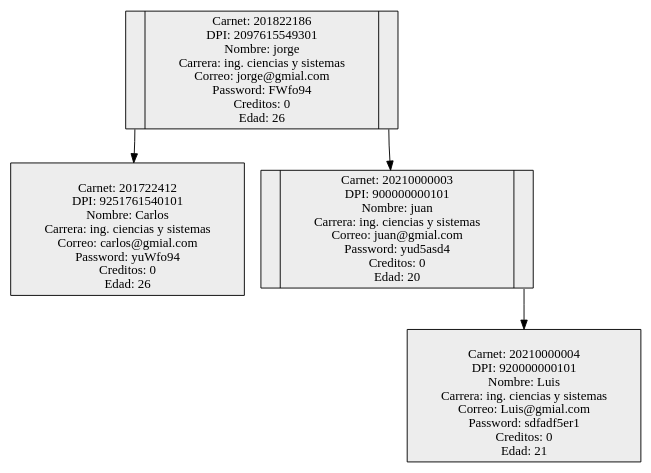
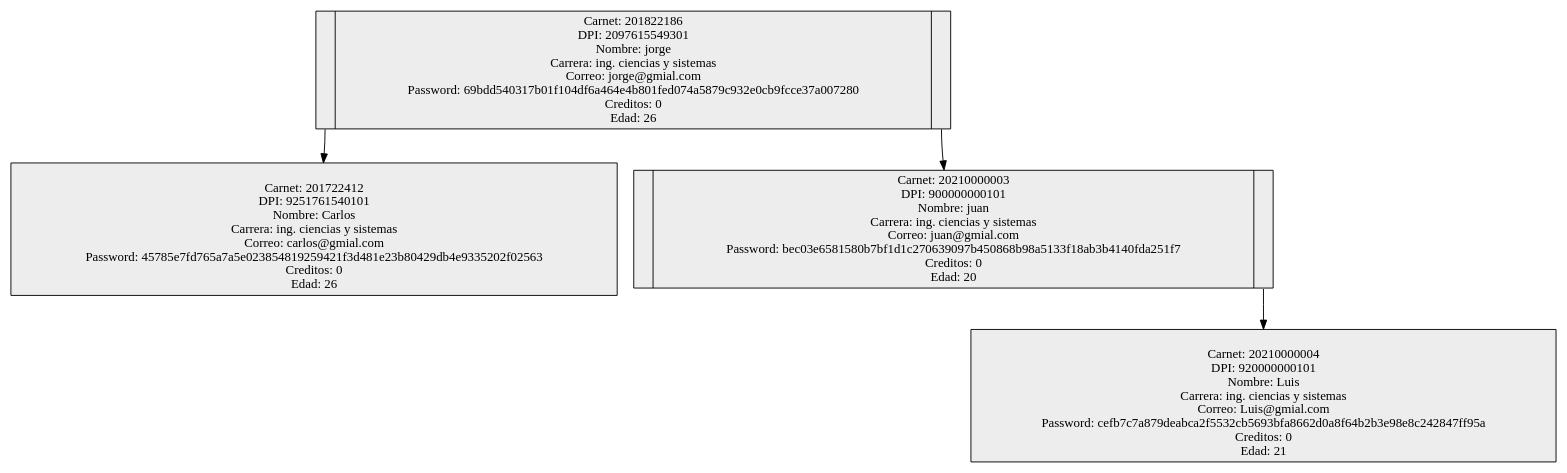
One commit to BrayanPradoMarroquin/EDD_SmartClass_201801369 changed the diagram in FASE 2/FRONTEND/front/src/assets/ArbolAVLDecrypt.dot. Above: the diagram before and after it, drawn with Graphviz. The commit also changed 18 other files, not shown here.

```diff
--- a/FASE 2/FRONTEND/front/src/assets/ArbolAVLDecrypt.dot
+++ b/FASE 2/FRONTEND/front/src/assets/ArbolAVLDecrypt.dot
@@ -1,11 +1,11 @@
 digraph G { 
 rankdir=TB; 
 node [shape = record, color=black , style=filled, fillcolor=gray93];
-nodo201822186 [ label ="<C0>| Carnet: 201822186\n DPI: 2097615549301\n Nombre: jorge\n Carrera: ing. ciencias y sistemas\n Correo: jorge@gmial.com\n Password: FWfo94\n Creditos: 0\n Edad: 26|<C1>"];
-nodo201722412[ label="\n Carnet: 201722412\n DPI: 9251761540101\n Nombre: Carlos\n Carrera: ing. ciencias y sistemas\n Correo: carlos@gmial.com\n Password: yuWfo94\n Creditos: 0\n Edad: 26"]; 
+nodo201822186 [ label ="<C0>| Carnet: 201822186\n DPI: 2097615549301\n Nombre: jorge\n Carrera: ing. ciencias y sistemas\n Correo: jorge@gmial.com\n Password: 69bdd540317b01f104df6a464e4b801fed074a5879c932e0cb9fcce37a007280\n Creditos: 0\n Edad: 26|<C1>"];
+nodo201722412[ label="\n Carnet: 201722412\n DPI: 9251761540101\n Nombre: Carlos\n Carrera: ing. ciencias y sistemas\n Correo: carlos@gmial.com\n Password: 45785e7fd765a7a5e023854819259421f3d481e23b80429db4e9335202f02563\n Creditos: 0\n Edad: 26"]; 
 nodo201822186:C0->nodo201722412
-nodo20210000003 [ label ="<C0>| Carnet: 20210000003\n DPI: 900000000101\n Nombre: juan\n Carrera: ing. ciencias y sistemas\n Correo: juan@gmial.com\n Password: yud5asd4\n Creditos: 0\n Edad: 20|<C1>"];
-nodo20210000004[ label="\n Carnet: 20210000004\n DPI: 920000000101\n Nombre: Luis\n Carrera: ing. ciencias y sistemas\n Correo: Luis@gmial.com\n Password: sdfadf5er1\n Creditos: 0\n Edad: 21"]; 
+nodo20210000003 [ label ="<C0>| Carnet: 20210000003\n DPI: 900000000101\n Nombre: juan\n Carrera: ing. ciencias y sistemas\n Correo: juan@gmial.com\n Password: bec03e6581580b7bf1d1c270639097b450868b98a5133f18ab3b4140fda251f7\n Creditos: 0\n Edad: 20|<C1>"];
+nodo20210000004[ label="\n Carnet: 20210000004\n DPI: 920000000101\n Nombre: Luis\n Carrera: ing. ciencias y sistemas\n Correo: Luis@gmial.com\n Password: cefb7c7a879deabca2f5532cb5693bfa8662d0a8f64b2b3e98e8c242847ff95a\n Creditos: 0\n Edad: 21"]; 
 nodo20210000003:C1->nodo20210000004
 nodo201822186:C1->nodo20210000003
 } 
```
